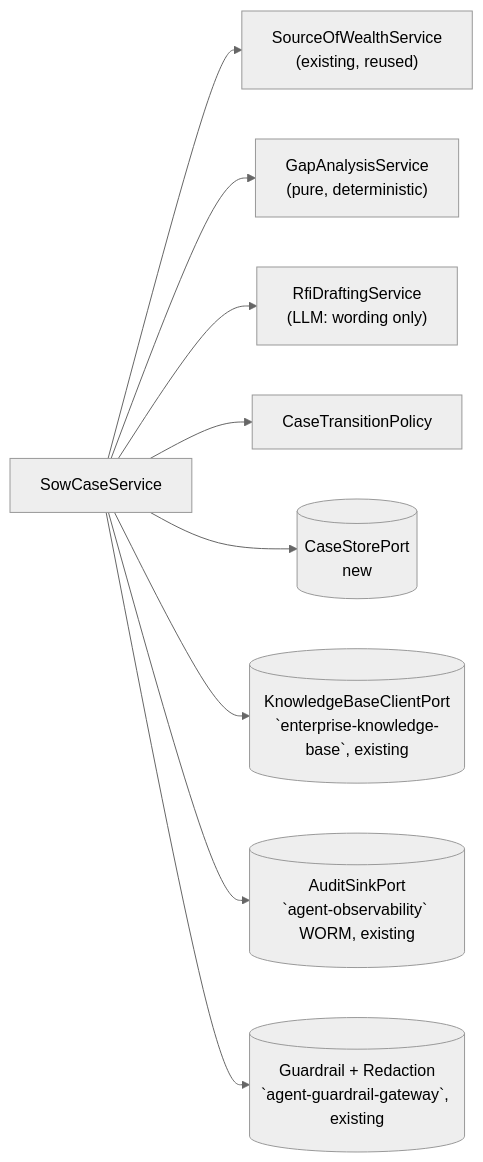
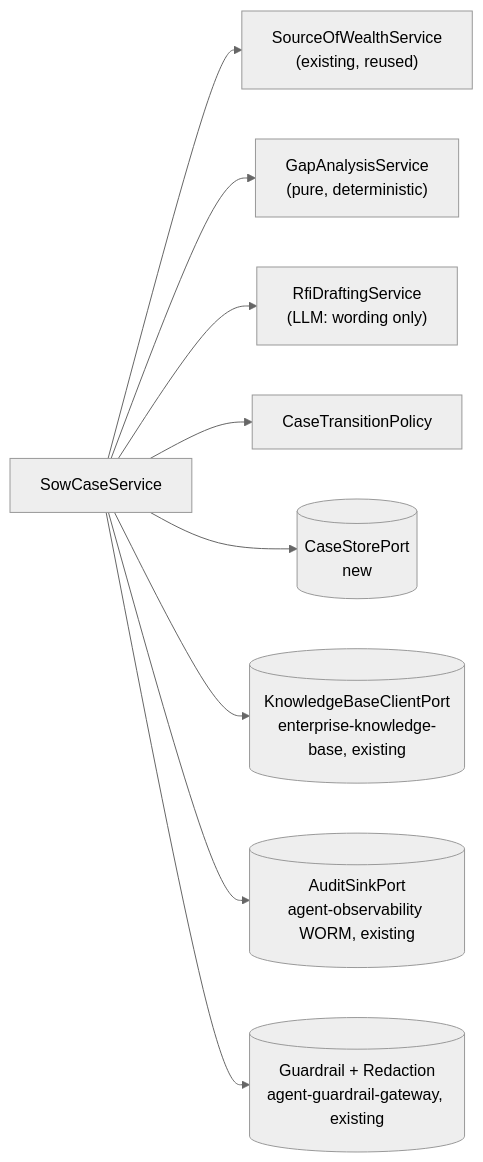
The fifth of 5 diagrams in docs/sow-longitudinal-audit-design.md (portable-genai/cdd-sow-research), drawn with Mermaid (neutral theme) before and after one commit. The commit also changed other lines of this file and 24 other files, not shown here.

````diff
--- a/docs/sow-longitudinal-audit-design.md
+++ b/docs/sow-longitudinal-audit-design.md
@@ -524,11 +524,11 @@
 ```mermaid
 flowchart LR
     SVC["SowCaseService"] --> SOW["SourceOfWealthService<br/>(existing, reused)"]
     SVC --> GAP["GapAnalysisService<br/>(pure, deterministic)"]
     SVC --> RFI["RfiDraftingService<br/>(LLM: wording only)"]
     SVC --> POL["CaseTransitionPolicy"]
     SVC --> STORE[("CaseStorePort<br/>new")]
-    SVC --> KB[("KnowledgeBaseClientPort<br/>`enterprise-knowledge-base`, existing")]
-    SVC --> AUD[("AuditSinkPort<br/>`agent-observability` WORM, existing")]
-    SVC --> SAFE[("Guardrail + Redaction<br/>`agent-guardrail-gateway`, existing")]
+    SVC --> KB[("KnowledgeBaseClientPort<br/>enterprise-knowledge-base, existing")]
+    SVC --> AUD[("AuditSinkPort<br/>agent-observability WORM, existing")]
+    SVC --> SAFE[("Guardrail + Redaction<br/>agent-guardrail-gateway, existing")]
 ```
````
